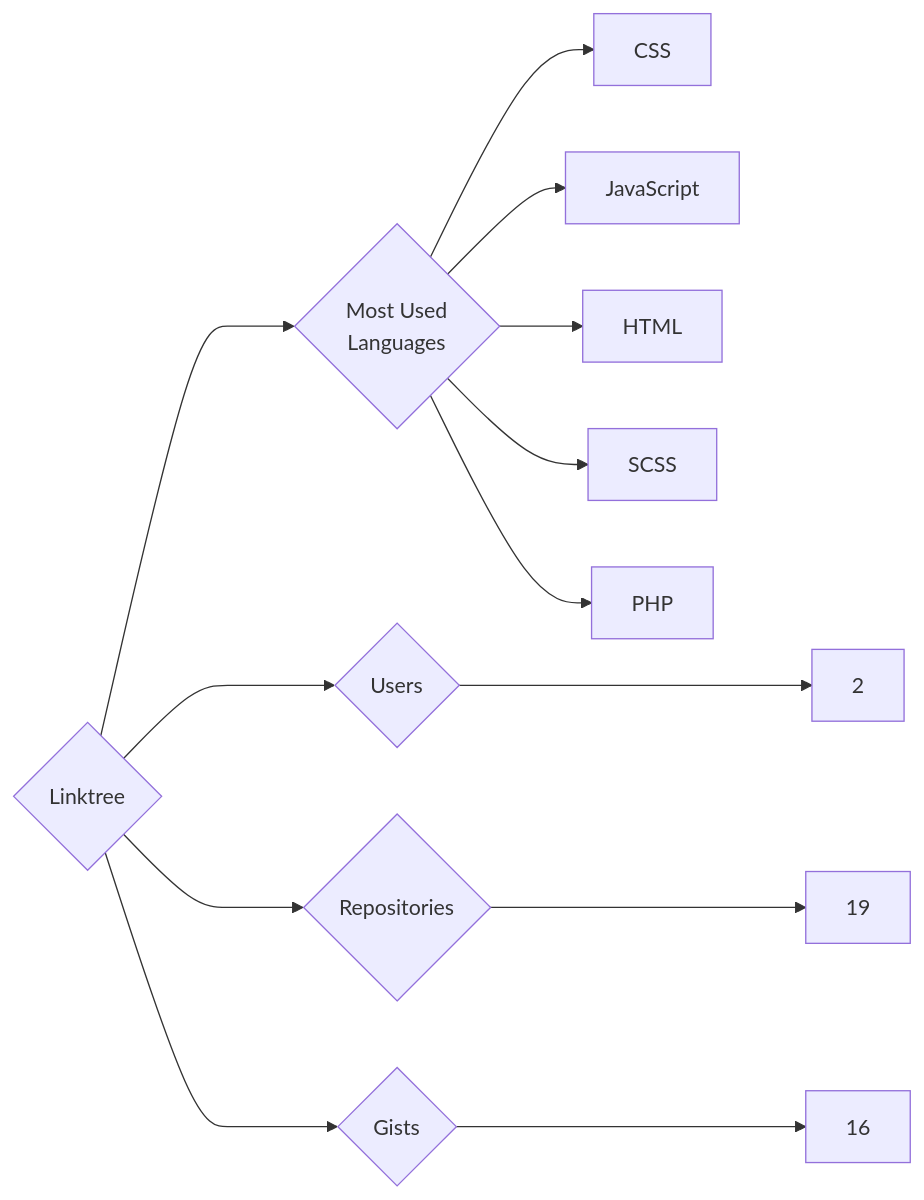
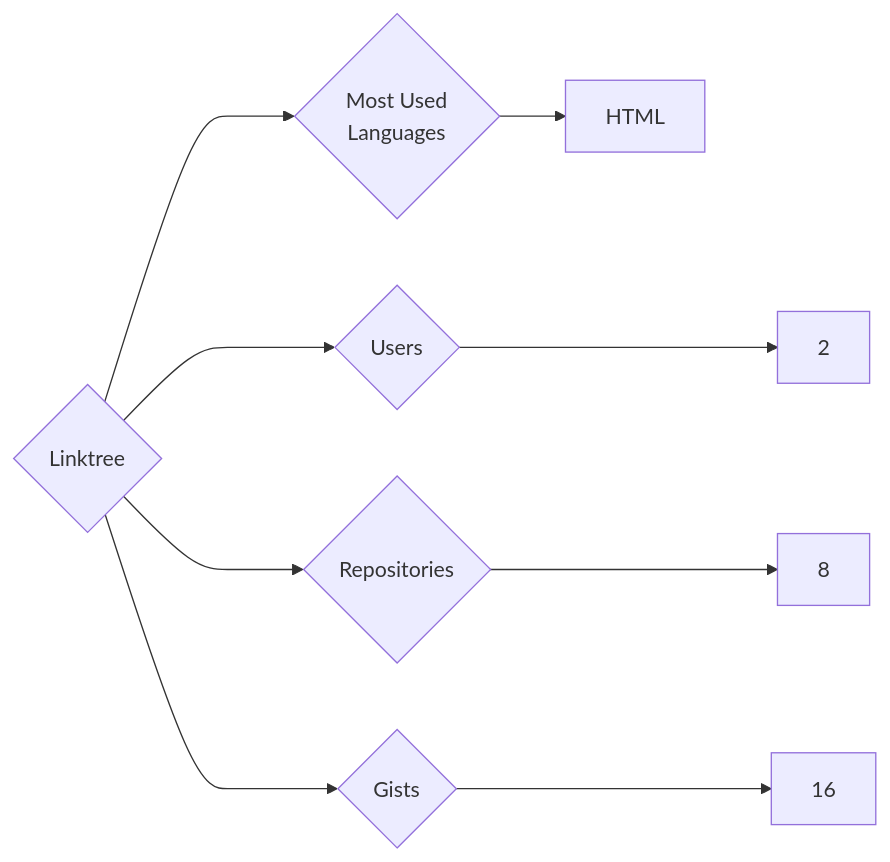
The diagram in targets/Linktree/README.md (trickest/insiders), drawn with Mermaid before and after one commit. The commit also changed 1496 other files, not shown here.

````diff
--- a/targets/Linktree/README.md
+++ b/targets/Linktree/README.md
@@ -3,13 +3,9 @@
 ```mermaid
 graph LR
 COMPANY_NAME{Linktree}
 COMPANY_NAME ---> U{Users} ---> UN[2]
-COMPANY_NAME ---> R{Repositories} ---> RN[19]
+COMPANY_NAME ---> R{Repositories} ---> RN[8]
 COMPANY_NAME ---> G{Gists} ---> GN[16]
 COMPANY_NAME ---> ML{Most Used<br>Languages}
-ML --> CSS[CSS]
-ML --> JavaScript[JavaScript]
 ML --> HTML[HTML]
-ML --> SCSS[SCSS]
-ML --> PHP[PHP]
 ```
````
